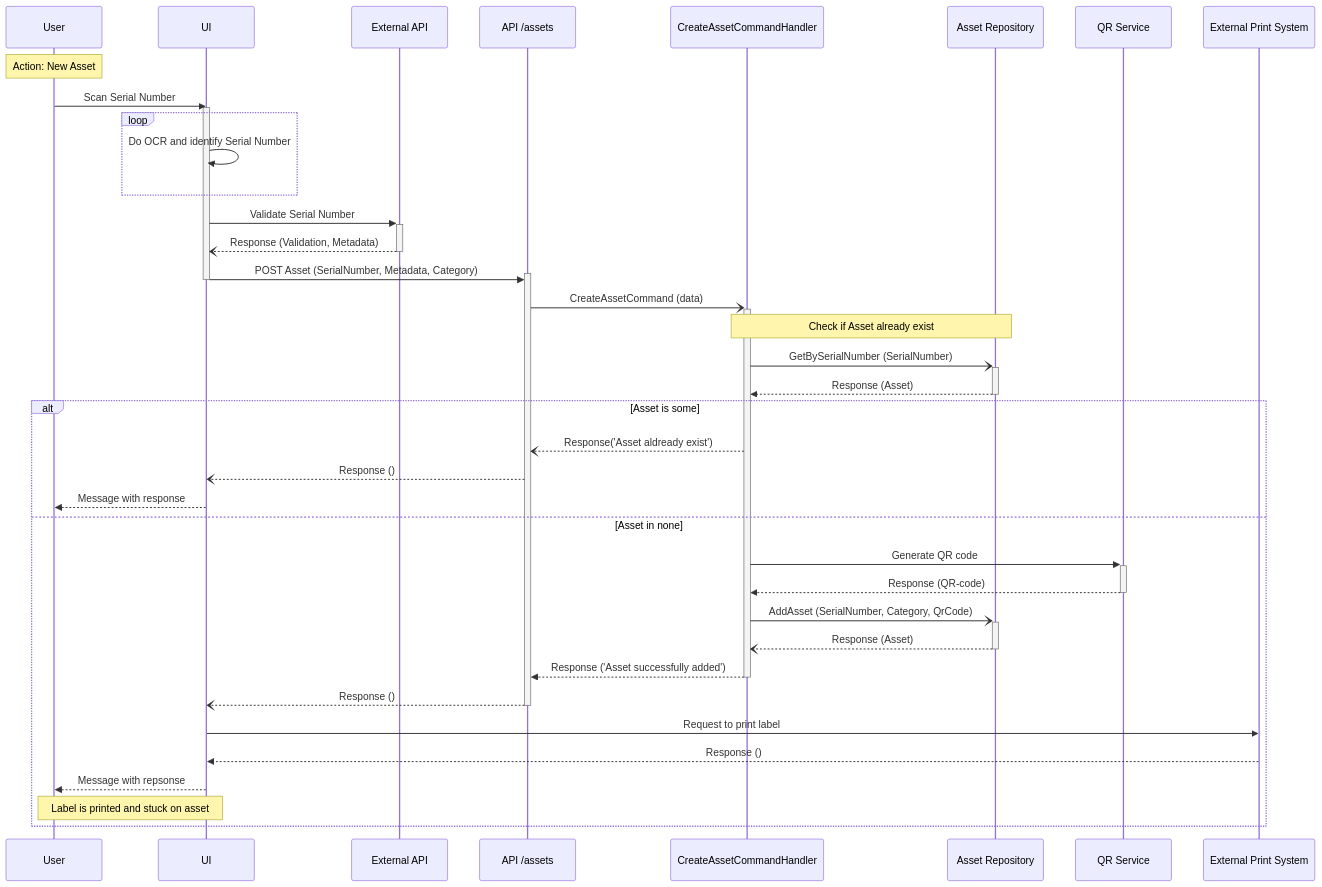
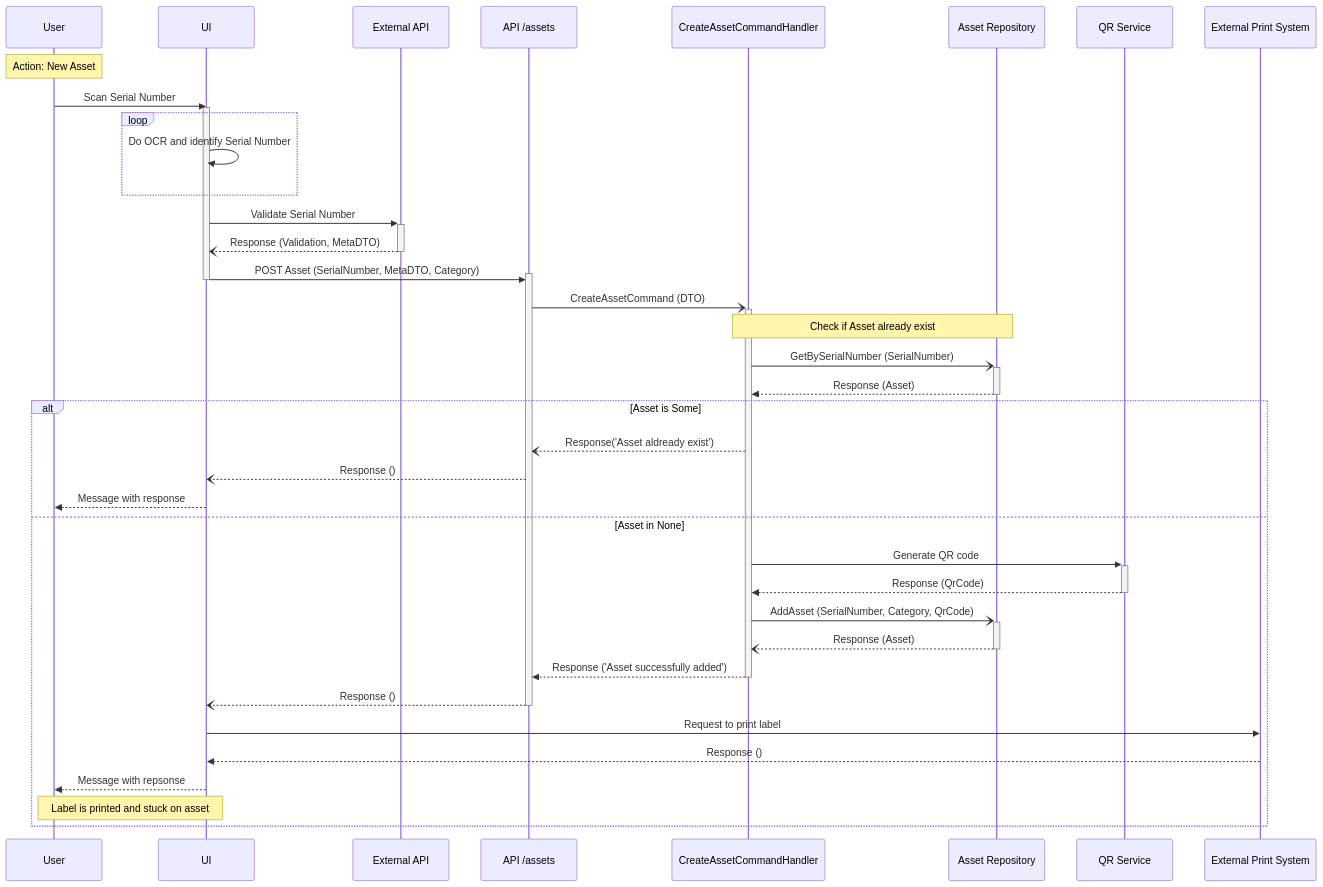
The first of 2 diagrams in docs/sequence-diagrams/tag-new-asset.md (livun/bouvet-asset-hub), drawn with Mermaid before and after one commit. The commit also changed other lines of this file and 9 other files, not shown here.

Commit message:
Finished with sequence diagrams

````diff
--- a/docs/sequence-diagrams/tag-new-asset.md
+++ b/docs/sequence-diagrams/tag-new-asset.md
@@ -3,41 +5,41 @@
 ```mermaid
 sequenceDiagram
     Note over User: Action: New Asset
     User ->> UI : Scan Serial Number
     Activate UI
         loop 
             UI ->> UI : Do OCR and identify Serial Number
         end
             UI  ->>+ External API: Validate Serial Number
    
-                External API --)- UI : Response (Validation, Metadata)
-                UI ->>+ API /assets: POST Asset (SerialNumber, Metadata, Category)
+                External API --)- UI : Response (Validation, MetaDTO)
+                UI ->>+ API /assets: POST Asset (SerialNumber, MetaDTO, Category)
     Deactivate UI
-                    API /assets -)+ CreateAssetCommandHandler : CreateAssetCommand (data)
+                    API /assets -)+ CreateAssetCommandHandler : CreateAssetCommand (DTO)
                         Note over CreateAssetCommandHandler, Asset Repository : Check if Asset already exist
                         CreateAssetCommandHandler -)+ Asset Repository : GetBySerialNumber (SerialNumber) 
                         Asset Repository  -->>- CreateAssetCommandHandler : Response (Asset)
                     
-            alt Asset is some
+            alt Asset is Some
                         
                     CreateAssetCommandHandler --) API /assets : Response('Asset aldready exist')
                 API /assets --) UI  : Response ()
             UI -->> User : Message with response
                 
-            else Asset in none
+            else Asset in None
                     
                         CreateAssetCommandHandler ->>+ QR Service : Generate QR code
-                        QR Service -->>- CreateAssetCommandHandler : Response (QR-code)
+                        QR Service -->>- CreateAssetCommandHandler : Response (QrCode)
 
                         CreateAssetCommandHandler -)+ Asset Repository : AddAsset (SerialNumber, Category, QrCode)
                         Asset Repository  --)- CreateAssetCommandHandler : Response (Asset)
 
                     CreateAssetCommandHandler -->>- API /assets : Response ('Asset successfully added')
                 API /assets --)- UI  : Response ()
                 UI ->> External Print System : Request to print label
                 External Print System -->> UI : Response ()
             UI -->> User : Message with repsonse
             Note over User, UI: Label is printed and stuck on asset
             end
         
 ```
````
